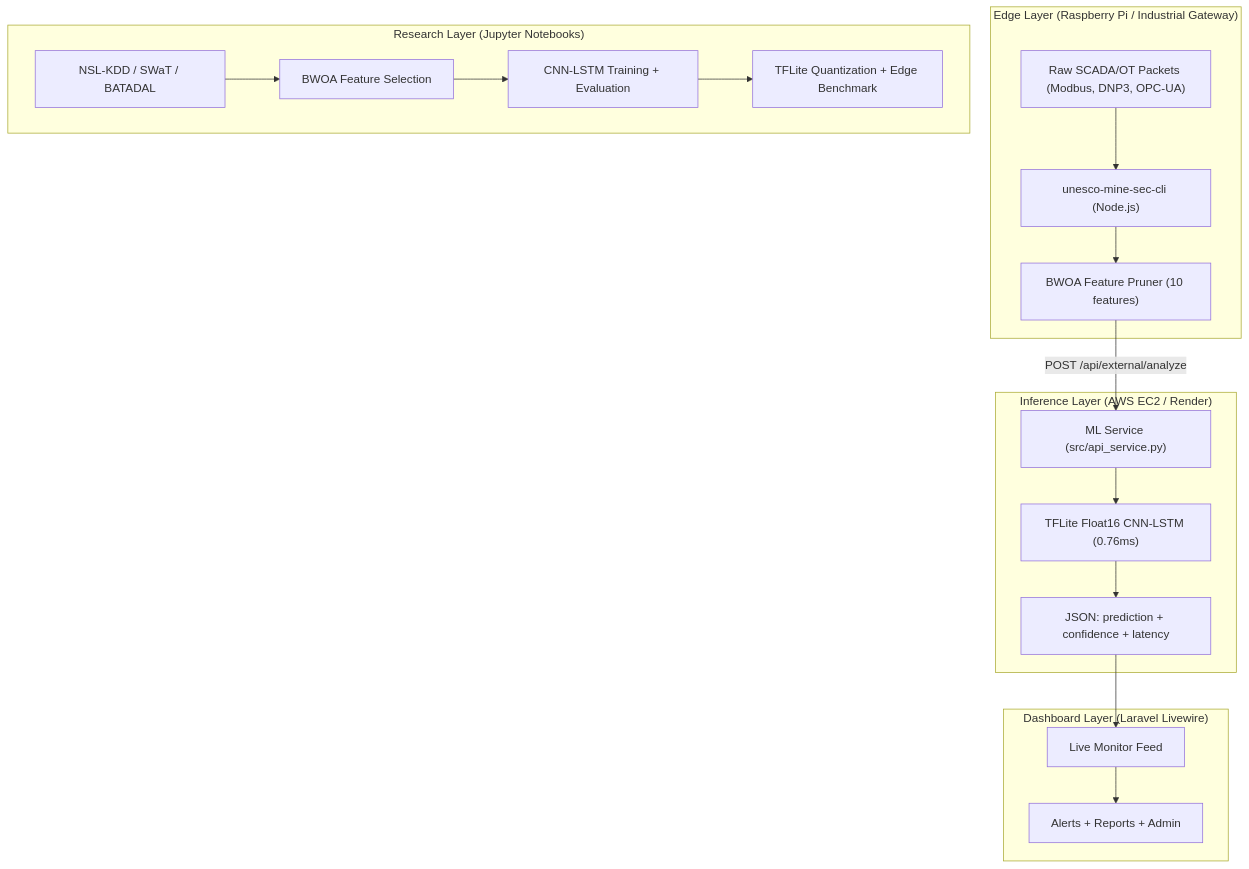
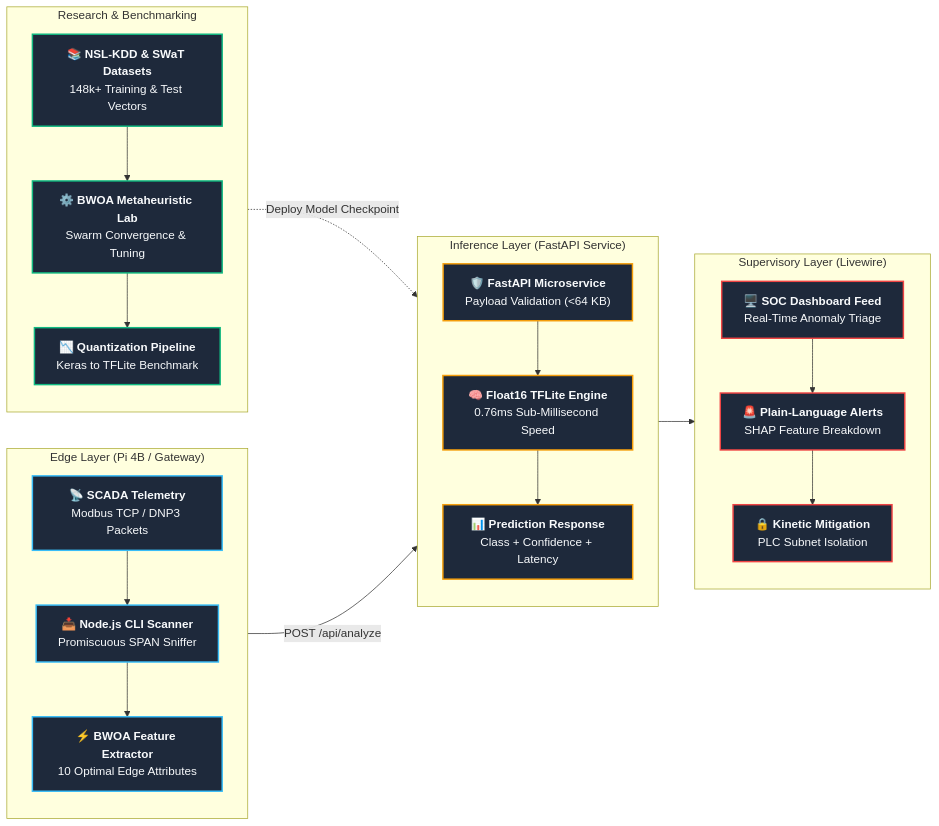
The fourth of 7 diagrams in README.md (mhiskall282/Securing-the-Digital-Mine-UNESCO-Project), drawn with Mermaid before and after one commit. The commit also changed other lines of this file and 9 other files, not shown here.

Commit message:
style(docs): optimize Mermaid diagrams for GitBook with wide horizontal layouts and high contrast

````diff
--- a/README.md
+++ b/README.md
@@ -326,21 +348,48 @@
 ```mermaid
-flowchart TD
-    subgraph Edge["Edge Layer (Raspberry Pi / Industrial Gateway)"]
-        A["Raw SCADA/OT Packets (Modbus, DNP3, OPC-UA)"] --> B["unesco-mine-sec-cli (Node.js)"]
-        B --> C["BWOA Feature Pruner (10 features)"]
+flowchart LR
+    subgraph Edge["Edge Layer (Pi 4B / Gateway)"]
+        direction TB
+        E1["📡 <b>SCADA Telemetry</b><br/>Modbus TCP / DNP3 Packets"]
+        E2["📥 <b>Node.js CLI Scanner</b><br/>Promiscuous SPAN Sniffer"]
+        E3["⚡ <b>BWOA Feature Extractor</b><br/>10 Optimal Edge Attributes"]
+        E1 --> E2 --> E3
     end
-    subgraph API["Inference Layer (AWS EC2 / Render)"]
-        C -- "POST /api/external/analyze" --> D["ML Service (src/api_service.py)"]
-        D --> E["TFLite Float16 CNN-LSTM (0.76ms)"]
-        E --> F["JSON: prediction + confidence + latency"]
+
+    subgraph API["Inference Layer (FastAPI Service)"]
+        direction TB
+        A1["🛡️ <b>FastAPI Microservice</b><br/>Payload Validation (<64 KB)"]
+        A2["🧠 <b>Float16 TFLite Engine</b><br/>0.76ms Sub-Millisecond Speed"]
+        A3["📊 <b>Prediction Response</b><br/>Class + Confidence + Latency"]
+        A1 --> A2 --> A3
     end
-    subgraph Dashboard["Dashboard Layer (Laravel Livewire)"]
-        F --> G["Live Monitor Feed"]
-        G --> H["Alerts + Reports + Admin"]
+
+    subgraph Dashboard["Supervisory Layer (Livewire)"]
+        direction TB
+        D1["🖥️ <b>SOC Dashboard Feed</b><br/>Real-Time Anomaly Triage"]
+        D2["🚨 <b>Plain-Language Alerts</b><br/>SHAP Feature Breakdown"]
+        D3["🔒 <b>Kinetic Mitigation</b><br/>PLC Subnet Isolation"]
+        D1 --> D2 --> D3
     end
-    subgraph Research["Research Layer (Jupyter Notebooks)"]
-        I["NSL-KDD / SWaT / BATADAL"] --> J["BWOA Feature Selection"]
-        J --> K["CNN-LSTM Training + Evaluation"]
-        K --> L["TFLite Quantization + Edge Benchmark"]
+
+    subgraph Research["Research & Benchmarking"]
+        direction TB
+        R1["📚 <b>NSL-KDD & SWaT Datasets</b><br/>148k+ Training & Test Vectors"]
+        R2["⚙️ <b>BWOA Metaheuristic Lab</b><br/>Swarm Convergence & Tuning"]
+        R3["📉 <b>Quantization Pipeline</b><br/>Keras to TFLite Benchmark"]
+        R1 --> R2 --> R3
     end
+
+    E3 -- "POST /api/analyze" --> A1
+    A3 --> D1
+    R3 -. "Deploy Model Checkpoint" .-> A2
+
+    classDef c1 fill:#1e293b,stroke:#38bdf8,stroke-width:2px,color:#f8fafc;
+    classDef c2 fill:#1e293b,stroke:#f59e0b,stroke-width:2px,color:#f8fafc;
+    classDef c3 fill:#1e293b,stroke:#ef4444,stroke-width:2px,color:#f8fafc;
+    classDef c4 fill:#1e293b,stroke:#10b981,stroke-width:2px,color:#f8fafc;
+
+    class E1,E2,E3 c1;
+    class A1,A2,A3 c2;
+    class D1,D2,D3 c3;
+    class R1,R2,R3 c4;
 ```
````
